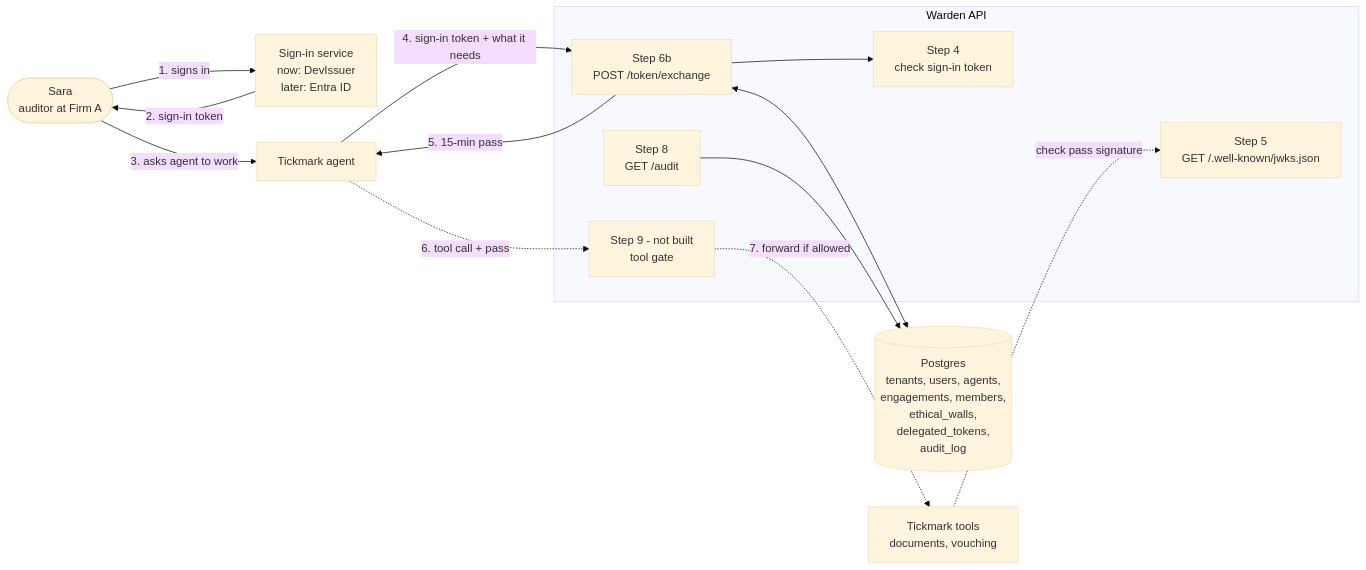
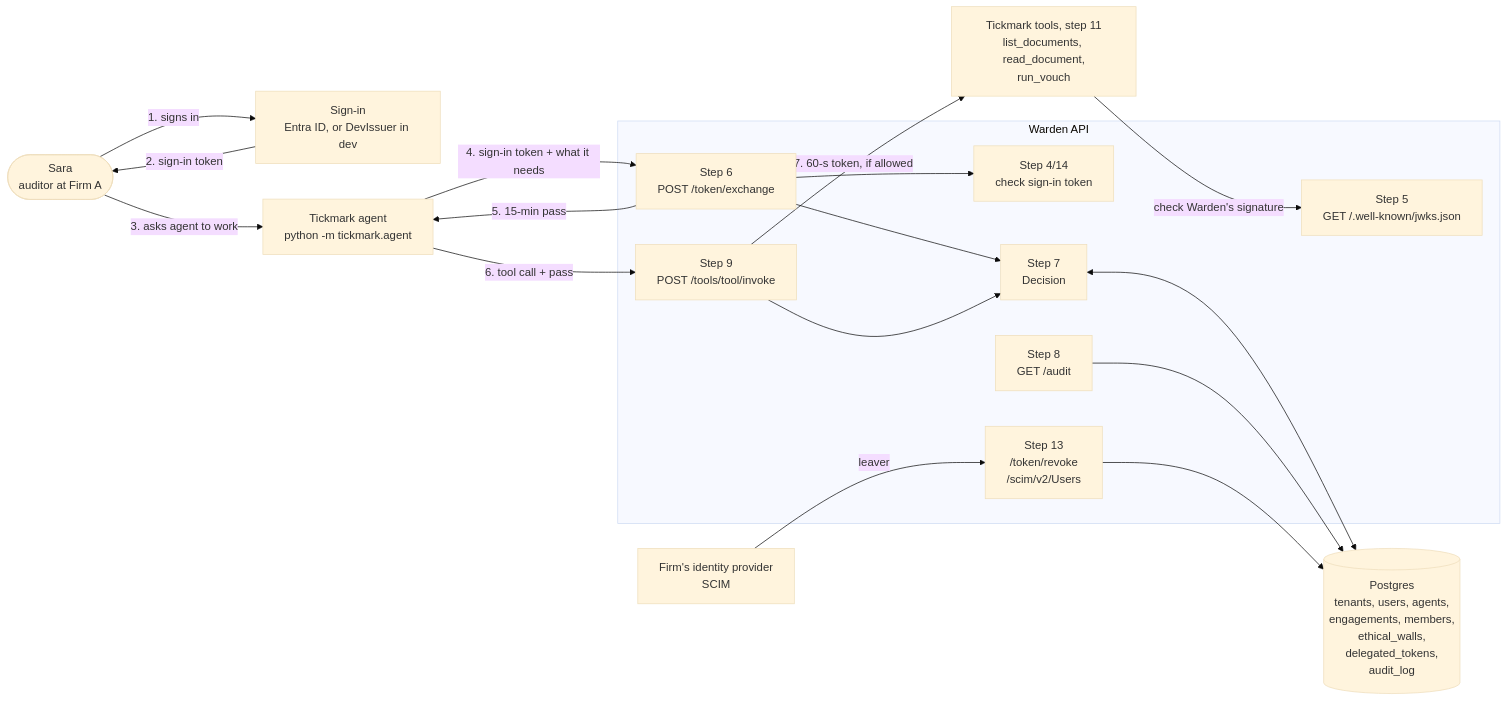
Before and after one commit to musishere/Warden-tickmark: the first of 17 diagrams in warden/docs/how-it-works.md, drawn with Mermaid (base theme). The commit also changed other lines of this file and 5 other files, not shown here.

````diff
--- a/warden/docs/how-it-works.md
+++ b/warden/docs/how-it-works.md
@@ -14,27 +14,34 @@
 ```mermaid
 flowchart LR
     Sara([Sara<br/>auditor at Firm A])
-    Login[Sign-in service<br/>now: DevIssuer<br/>later: Entra ID]
-    Agent[Tickmark agent]
+    Login[Sign-in<br/>Entra ID, or DevIssuer in dev]
+    IdP[Firm's identity provider<br/>SCIM]
+    Agent[Tickmark agent<br/>python -m tickmark.agent]
     subgraph W[Warden API]
-        Auth[Step 4<br/>check sign-in token]
-        Ex[Step 6b<br/>POST /token/exchange]
+        Auth[Step 4/14<br/>check sign-in token]
+        Ex[Step 6<br/>POST /token/exchange]
+        Gate[Step 9<br/>POST /tools/tool/invoke]
+        Dec[Step 7<br/>Decision]
         Jwks[Step 5<br/>GET /.well-known/jwks.json]
         Aud[Step 8<br/>GET /audit]
-        Gate[Step 9 - not built<br/>tool gate]
+        Off[Step 13<br/>/token/revoke<br/>/scim/v2/Users]
     end
     DB[(Postgres<br/>tenants, users, agents,<br/>engagements, members,<br/>ethical_walls,<br/>delegated_tokens,<br/>audit_log)]
-    Tools[Tickmark tools<br/>documents, vouching]
+    Tools[Tickmark tools, step 11<br/>list_documents, read_document,<br/>run_vouch]
 
     Sara -->|1. signs in| Login
     Login -->|2. sign-in token| Sara
     Sara -->|3. asks agent to work| Agent
     Agent -->|4. sign-in token + what it needs| Ex
     Ex --> Auth
-    Ex <--> DB
+    Ex --> Dec
+    Ex -->|5. 15-min pass| Agent
+    Agent -->|6. tool call + pass| Gate
+    Gate --> Dec
+    Gate -->|7. 60-s token, if allowed| Tools
+    Tools -->|check Warden's signature| Jwks
+    Dec <--> DB
     Aud --> DB
-    Ex -->|5. 15-min pass| Agent
-    Agent -.->|6. tool call + pass| Gate
-    Gate -.->|7. forward if allowed| Tools
-    Tools -.->|check pass signature| Jwks
+    IdP -->|leaver| Off
+    Off --> DB
 ```
````
